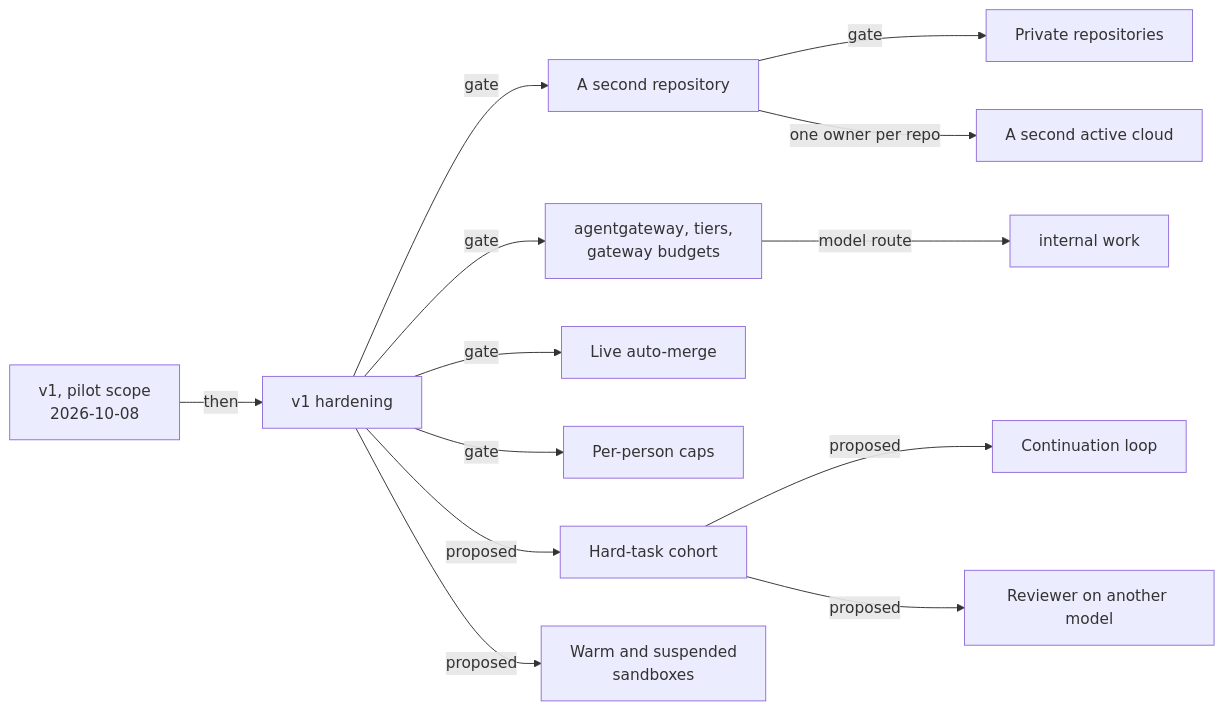
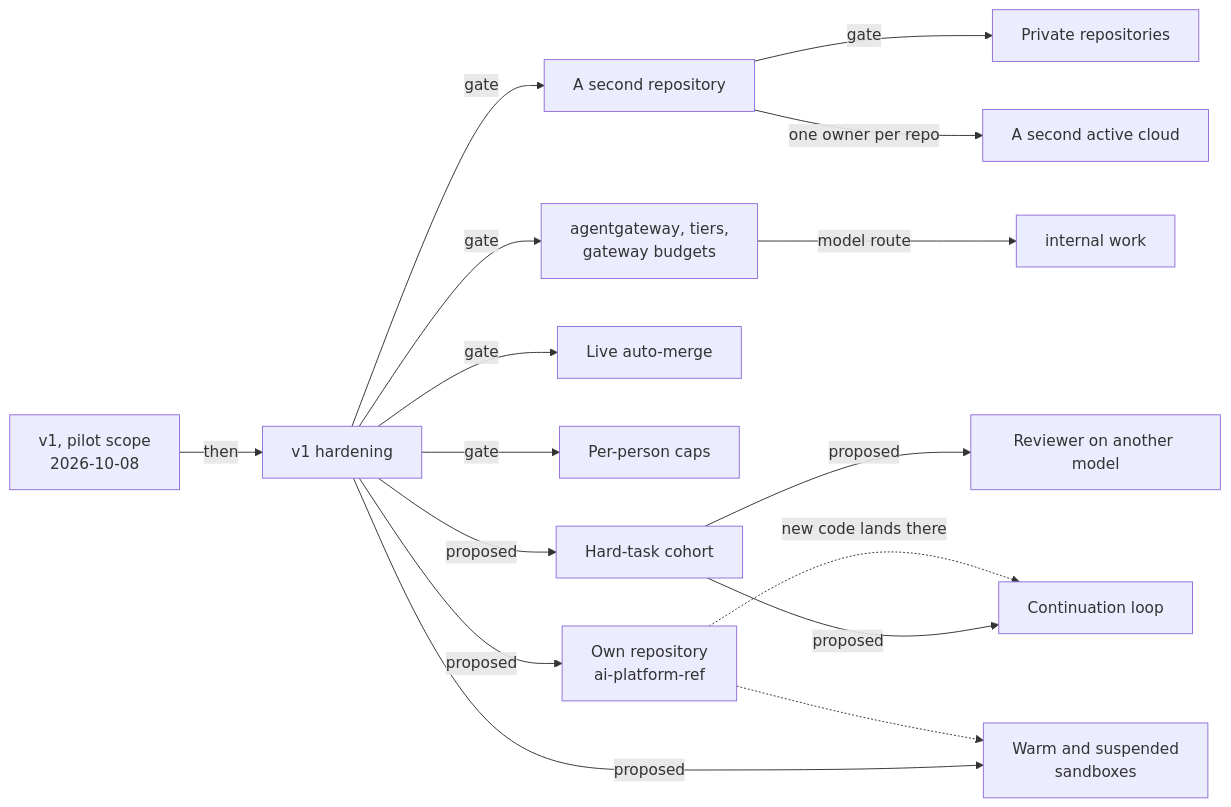
Before and after one commit to Smana/cloud-native-ref: the diagram in website/content/docs/platform/ai-platform/status.md, drawn with Mermaid. The commit also changed other lines of this file and 3 other files, not shown here.

First line of the commit message:
📝 docs(ai-platform): propose moving the AI platform to ai-platform-ref

````diff
--- a/website/content/docs/platform/ai-platform/status.md
+++ b/website/content/docs/platform/ai-platform/status.md
@@ -239,15 +239,18 @@
 ```mermaid
 flowchart LR
   v1["v1, pilot scope<br/>2026-10-08"] -->|then| hard["v1 hardening"]
   hard -->|gate| repo["A second repository"]
   repo -->|gate| priv["Private repositories"]
   hard -->|gate| gw["agentgateway, tiers,<br/>gateway budgets"]
   gw -->|model route| internal["internal work"]
   hard -->|gate| merge["Live auto-merge"]
   hard -->|gate| caps["Per-person caps"]
   repo -->|one owner per repo| cloud["A second active cloud"]
   hard -->|proposed| cohort["Hard-task cohort"]
   cohort -->|proposed| loop["Continuation loop"]
   cohort -->|proposed| rev["Reviewer on another model"]
   hard -->|proposed| warm["Warm and suspended<br/>sandboxes"]
+  hard -->|proposed| split["Own repository<br/>ai-platform-ref"]
+  split -.->|new code lands there| loop
+  split -.-> warm
 ```
````
